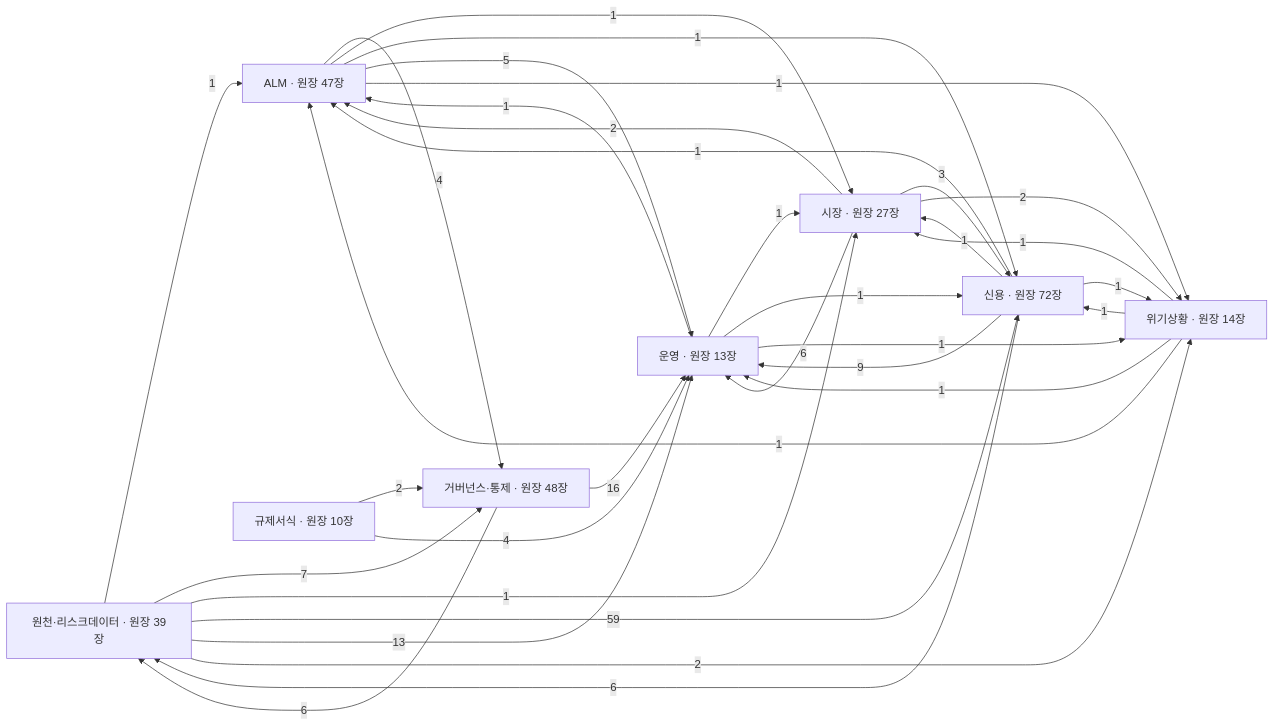
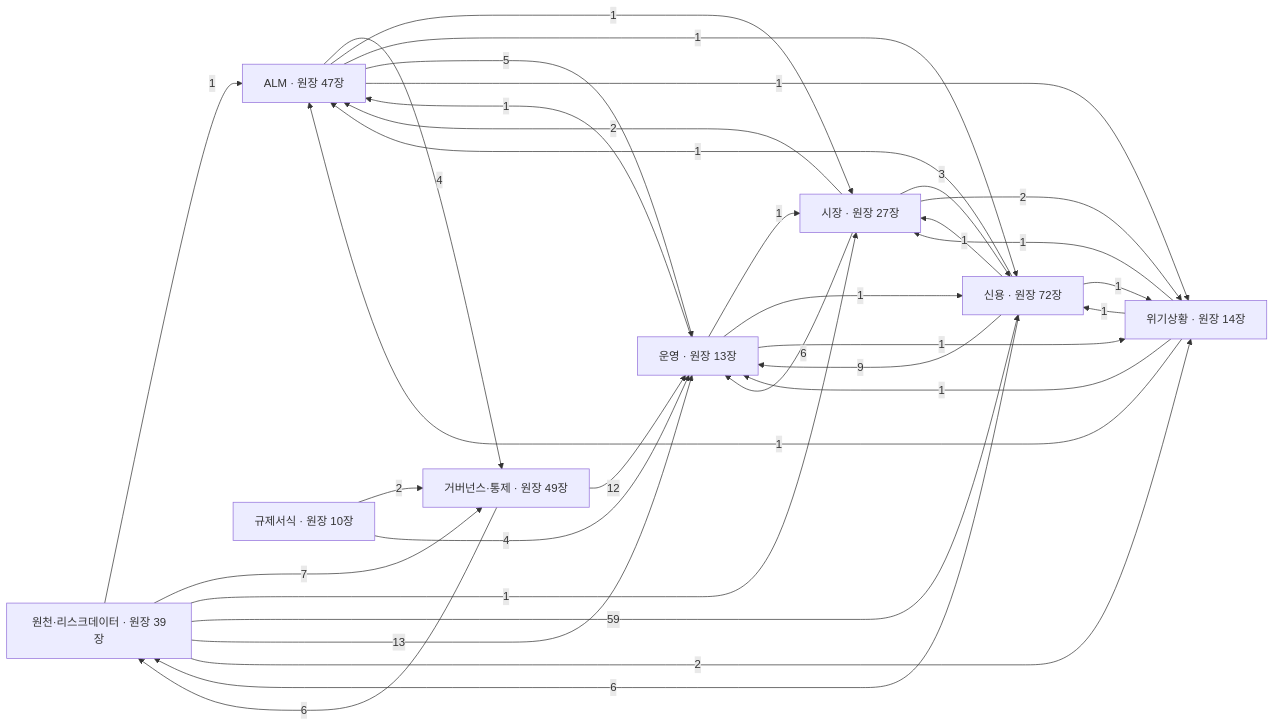
One commit to bbootta/AIops changed the first of 18 diagrams in docs/DATA_FLOW.md. Above: the diagram before and after it, drawn with Mermaid. The commit also changed other lines of this file and 7 other files, not shown here.

````diff
--- a/docs/DATA_FLOW.md
+++ b/docs/DATA_FLOW.md
@@ -44,43 +44,43 @@
 ```mermaid
 flowchart LR
   B1["원천·리스크데이터 · 원장 39장"]
   B2["신용 · 원장 72장"]
   B3["시장 · 원장 27장"]
   B4["운영 · 원장 13장"]
   B5["ALM · 원장 47장"]
   B6["위기상황 · 원장 14장"]
   B7["규제서식 · 원장 10장"]
-  B8["거버넌스·통제 · 원장 48장"]
+  B8["거버넌스·통제 · 원장 49장"]
   B5 -->|4| B8
   B5 -->|1| B3
   B5 -->|1| B2
   B5 -->|5| B4
   B5 -->|1| B6
-  B8 -->|16| B4
+  B8 -->|12| B4
   B8 -->|6| B1
   B7 -->|2| B8
   B7 -->|4| B4
   B3 -->|2| B5
   B3 -->|3| B2
   B3 -->|6| B4
   B3 -->|2| B6
   B2 -->|1| B5
   B2 -->|1| B3
   B2 -->|9| B4
   B2 -->|6| B1
   B2 -->|1| B6
   B4 -->|1| B5
   B4 -->|1| B3
   B4 -->|1| B2
   B4 -->|1| B6
   B1 -->|1| B5
   B1 -->|7| B8
   B1 -->|1| B3
   B1 -->|59| B2
   B1 -->|13| B4
   B1 -->|2| B6
   B6 -->|1| B5
   B6 -->|1| B3
   B6 -->|1| B2
   B6 -->|1| B4
 ```
````
